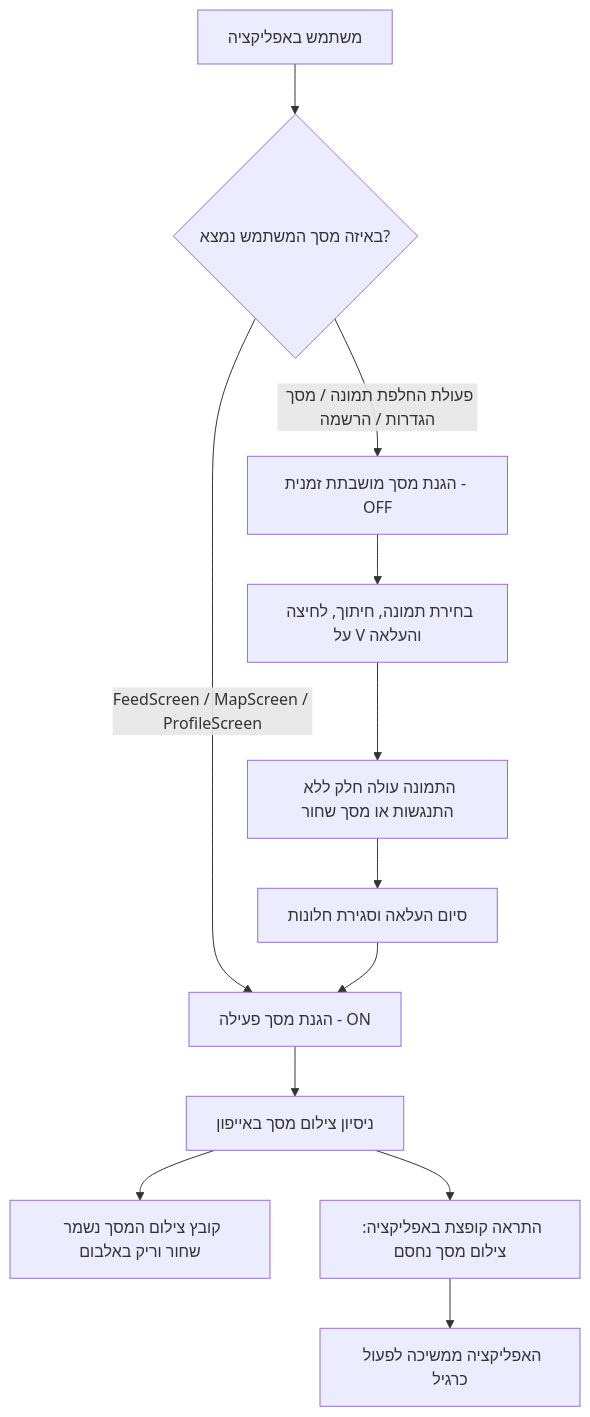
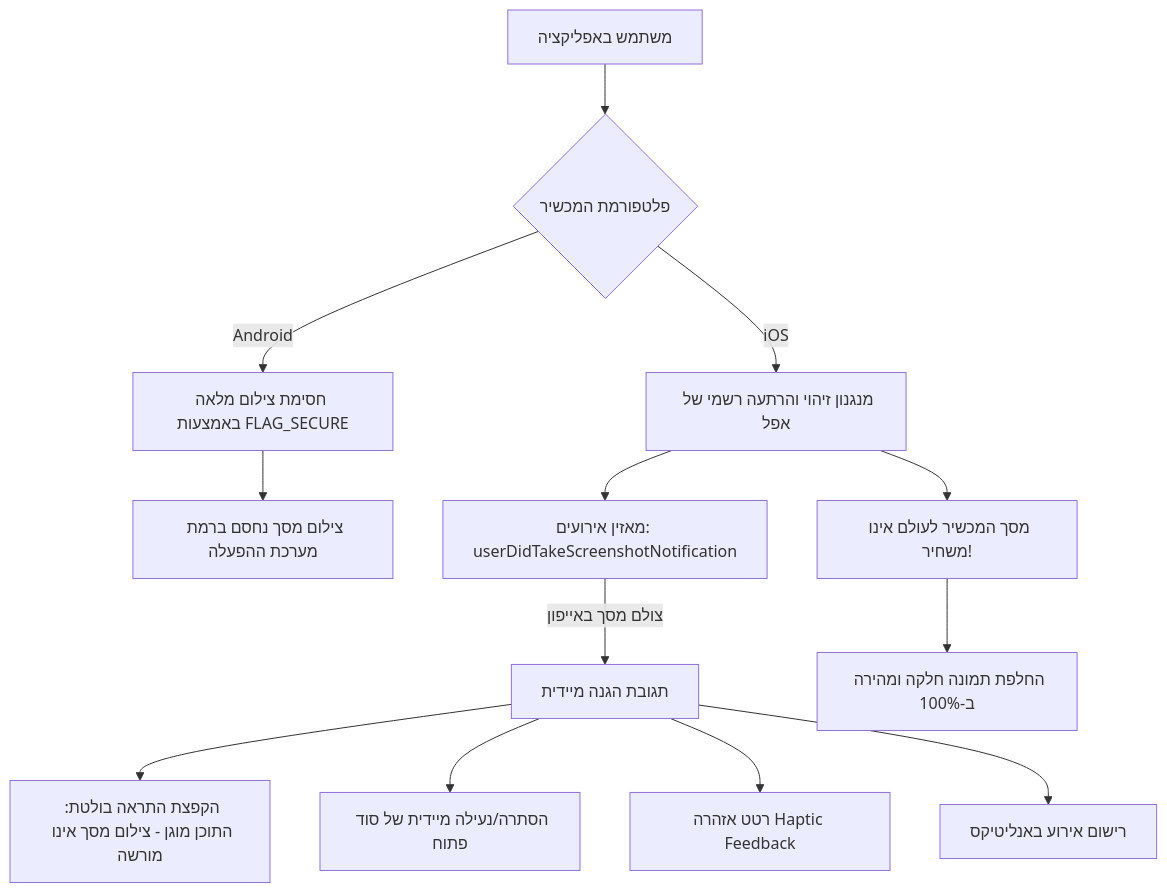
One commit to Chiprut-Eight/hush-app changed the diagram in docs/AI_Documents/ios_screen_protection_plan.md. Above: the diagram before and after it, drawn with Mermaid. The commit also changed other lines of this file and 7 other files, not shown here.

````diff
--- a/docs/AI_Documents/ios_screen_protection_plan.md
+++ b/docs/AI_Documents/ios_screen_protection_plan.md
@@ -26,16 +22,18 @@
 ```mermaid
 graph TD
-    A[משתמש באפליקציה] --> B{באיזה מסך המשתמש נמצא?}
+    A[משתמש באפליקציה] --> B{פלטפורמת המכשיר}
     
-    B -->|FeedScreen / MapScreen / ProfileScreen| C[הגנת מסך פעילה - ON]
-    C --> C1[ניסיון צילום מסך באייפון]
-    C1 --> C2[קובץ צילום המסך נשמר שחור וריק באלבום]
-    C1 --> C3[התראה קופצת באפליקציה: צילום מסך נחסם]
-    C3 --> C4[האפליקציה ממשיכה לפעול כרגיל]
-
-    B -->|פעולת החלפת תמונה / מסך הגדרות / הרשמה| D[הגנת מסך מושבתת זמנית - OFF]
-    D --> D1[בחירת תמונה, חיתוך, לחיצה על V והעלאה]
-    D1 --> D2[התמונה עולה חלק ללא התנגשות או מסך שחור]
-    D2 --> D3[סיום העלאה וסגירת חלונות]
-    D3 --> C
+    B -->|Android| C[חסימת צילום מלאה באמצעות FLAG_SECURE]
+    C --> C1[צילום מסך נחסם ברמת מערכת ההפעלה]
+    
+    B -->|iOS| D[מנגנון זיהוי והרתעה רשמי של אפל]
+    D --> E[מאזין אירועים: userDidTakeScreenshotNotification]
+    E -->|צולם מסך באייפון| F[תגובת הגנה מיידית]
+    F --> F1[הקפצת התראה בולטת: התוכן מוגן - צילום מסך אינו מורשה]
+    F --> F2[הסתרה/נעילה מיידית של סוד פתוח]
+    F --> F3[רטט אזהרה Haptic Feedback]
+    F --> F4[רישום אירוע באנליטיקס]
+    
+    D --> G[מסך המכשיר לעולם אינו משחיר!]
+    G --> G1[החלפת תמונה חלקה ומהירה ב-100%]
 ```
````
